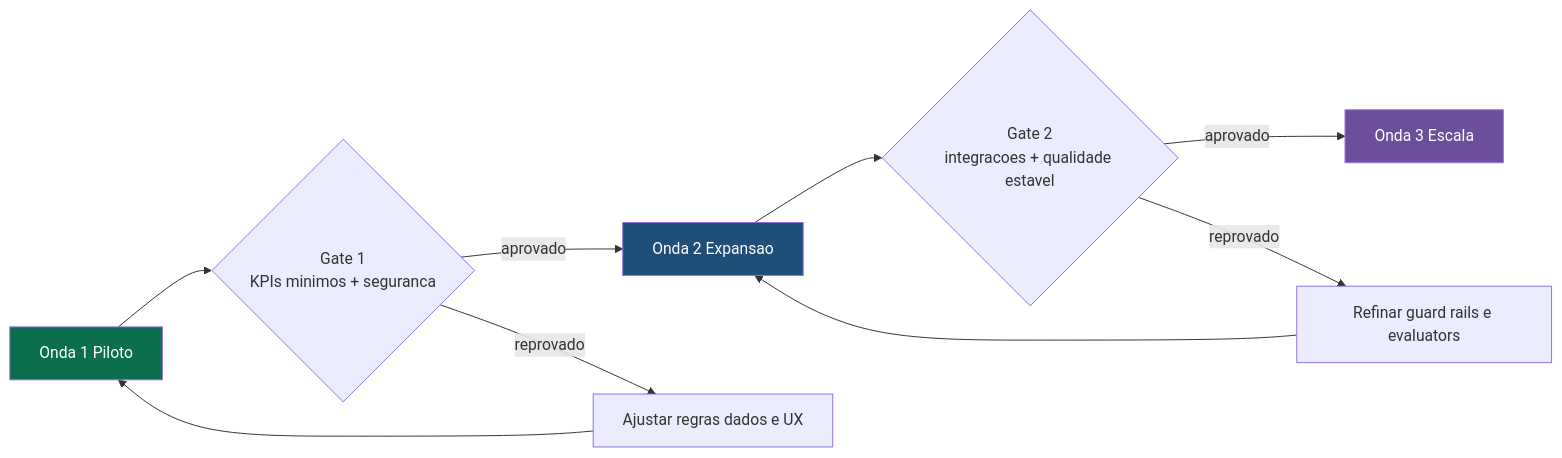
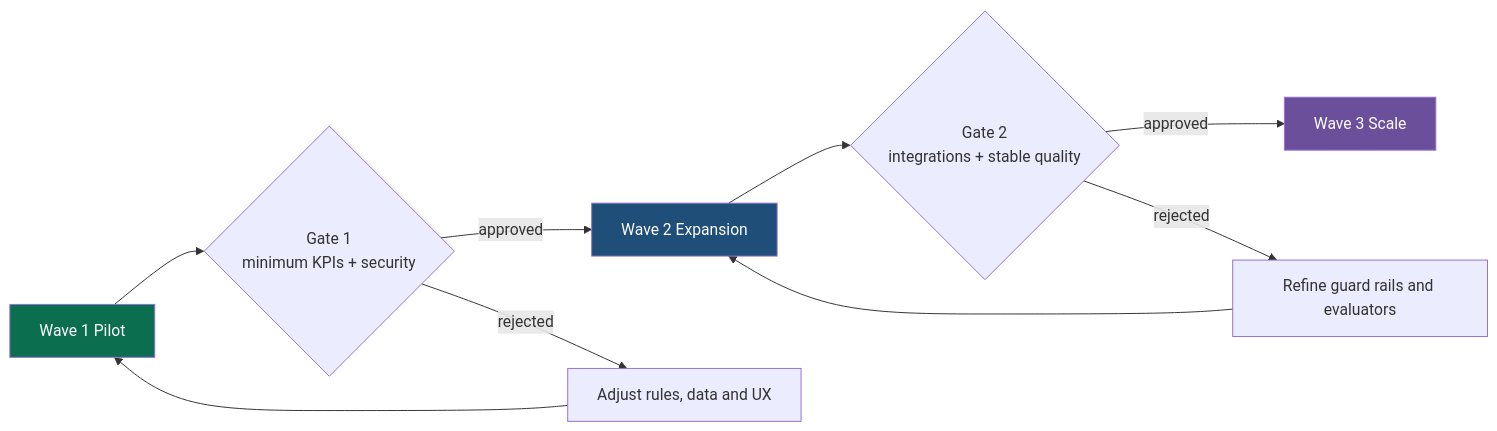
Before and after one commit to fabioharams/hubsp-ai-skill: the sixth of 9 diagrams in doc/resultado.md, drawn with Mermaid. The commit also changed other lines of this file and 21 other files, not shown here.

````diff
--- a/doc/resultado.md
+++ b/doc/resultado.md
@@ -183,15 +182,15 @@
 ```mermaid
 flowchart LR
-    A[Onda 1 Piloto] --> B{Gate 1<br/>KPIs minimos + seguranca}
-    B -- aprovado --> C[Onda 2 Expansao]
-    B -- reprovado --> A1[Ajustar regras dados e UX]
+    A[Wave 1 Pilot] --> B{Gate 1<br/>minimum KPIs + security}
+    B -- approved --> C[Wave 2 Expansion]
+    B -- rejected --> A1[Adjust rules, data and UX]
     A1 --> A
-    C --> D{Gate 2<br/>integracoes + qualidade estavel}
-    D -- aprovado --> E[Onda 3 Escala]
-    D -- reprovado --> C1[Refinar guard rails e evaluators]
+    C --> D{Gate 2<br/>integrations + stable quality}
+    D -- approved --> E[Wave 3 Scale]
+    D -- rejected --> C1[Refine guard rails and evaluators]
     C1 --> C
 
     style A fill:#0B6E4F,color:#fff
     style C fill:#1F4E79,color:#fff
     style E fill:#6B4F9B,color:#fff
 ```
````
